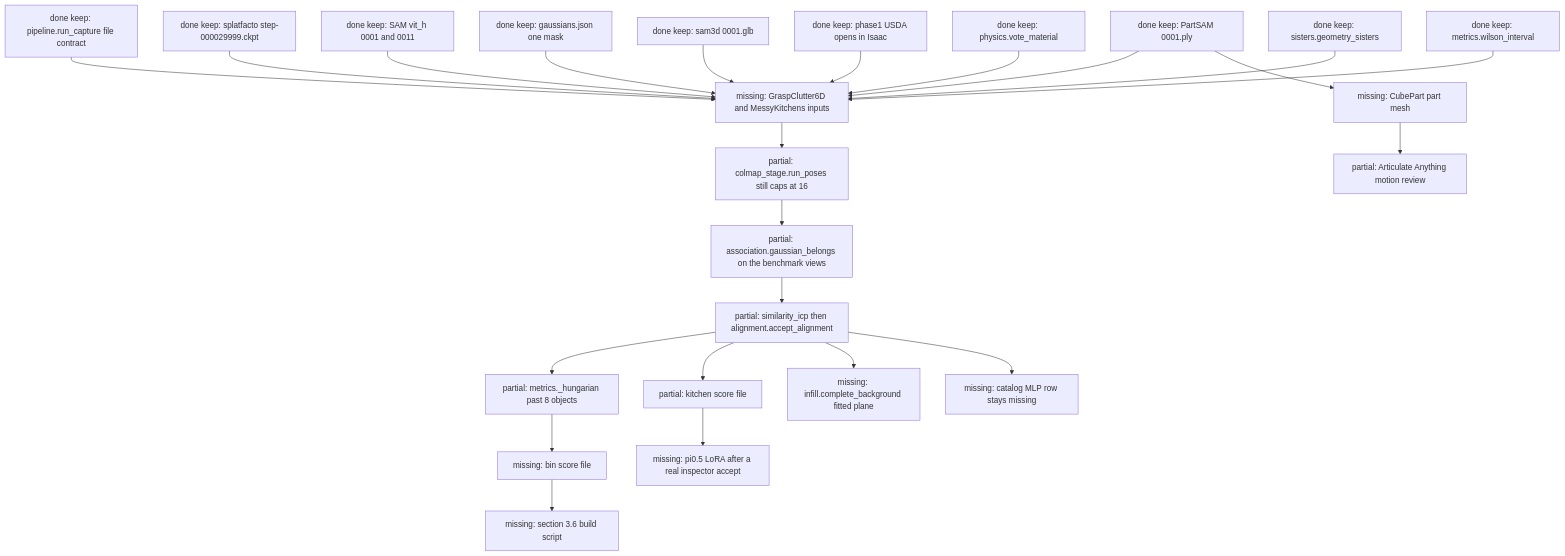
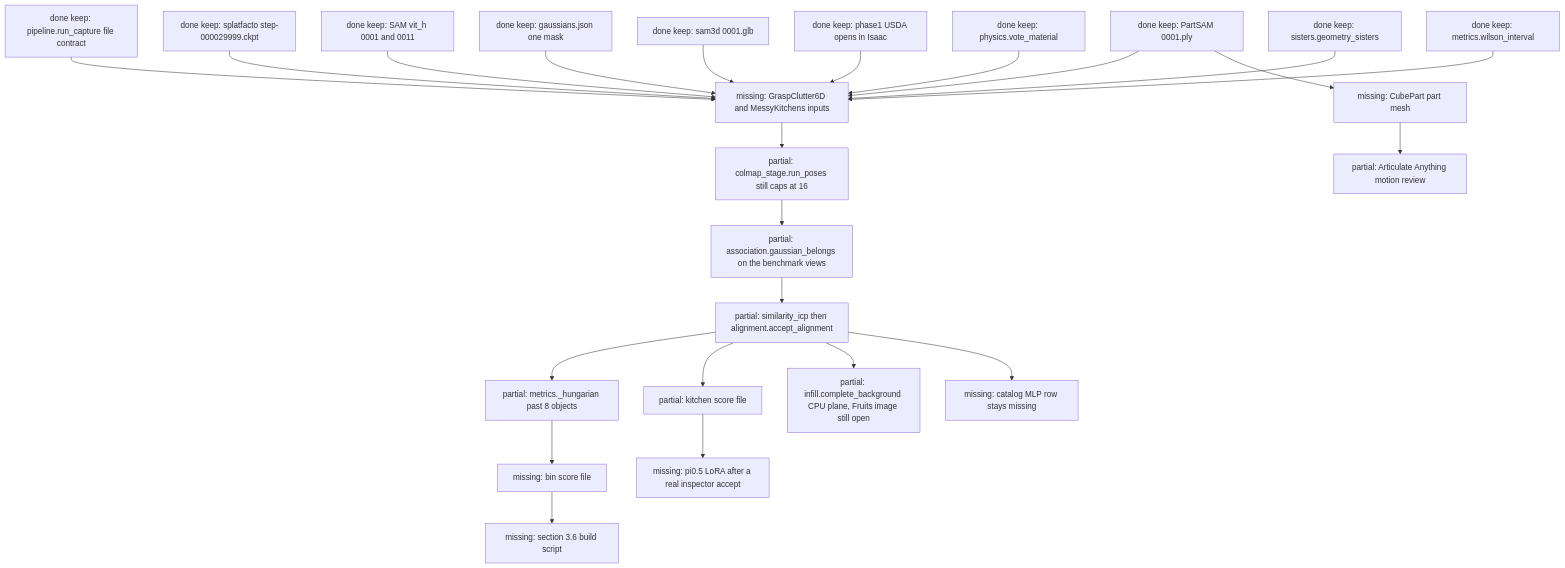
Before and after one commit to sandy-t-shelvan/SimFoundry: the eighth of 20 diagrams in docs/expansion-and-harvard-results.md, drawn with Mermaid. The commit also changed other lines of this file and 8 other files, not shown here.

First line of the commit message:
Fit a background plane and record the CPU run.

````diff
--- a/docs/expansion-and-harvard-results.md
+++ b/docs/expansion-and-harvard-results.md
@@ -682,44 +682,44 @@
 ```mermaid
 flowchart TD
   KeepContract["done keep: pipeline.run_capture file contract"]
   KeepSplat["done keep: splatfacto step-000029999.ckpt"]
   KeepMasks["done keep: SAM vit_h 0001 and 0011"]
   KeepAssoc["done keep: gaussians.json one mask"]
   KeepMesh["done keep: sam3d 0001.glb"]
   KeepParts["done keep: PartSAM 0001.ply"]
   KeepUsd["done keep: phase1 USDA opens in Isaac"]
   KeepVote["done keep: physics.vote_material"]
   KeepSisters["done keep: sisters.geometry_sisters"]
   KeepWilson["done keep: metrics.wilson_interval"]
   Bench["missing: GraspClutter6D and MessyKitchens inputs"]
   Colmap["partial: colmap_stage.run_poses still caps at 16"]
   Assoc["partial: association.gaussian_belongs on the benchmark views"]
   Align["partial: similarity_icp then alignment.accept_alignment"]
   Match["partial: metrics._hungarian past 8 objects"]
   BinFile["missing: bin score file"]
   KitFile["partial: kitchen score file"]
-  Planes["missing: infill.complete_background fitted plane"]
+  Planes["partial: infill.complete_background CPU plane, Fruits image still open"]
   Mlp["missing: catalog MLP row stays missing"]
   Cube["missing: CubePart part mesh"]
   Joints["partial: Articulate Anything motion review"]
   FourD["missing: section 3.6 build script"]
   Policy["missing: pi0.5 LoRA after a real inspector accept"]
   KeepContract --> Bench
   KeepSplat --> Bench
   KeepMasks --> Bench
   KeepAssoc --> Bench
   KeepMesh --> Bench
   KeepParts --> Bench
   KeepUsd --> Bench
   KeepVote --> Bench
   KeepSisters --> Bench
   KeepWilson --> Bench
   Bench --> Colmap --> Assoc --> Align --> Match
   Match --> BinFile
   Align --> KitFile
   Align --> Planes
   Align --> Mlp
   KeepParts --> Cube --> Joints
   BinFile --> FourD
   KitFile --> Policy
 ```
````
